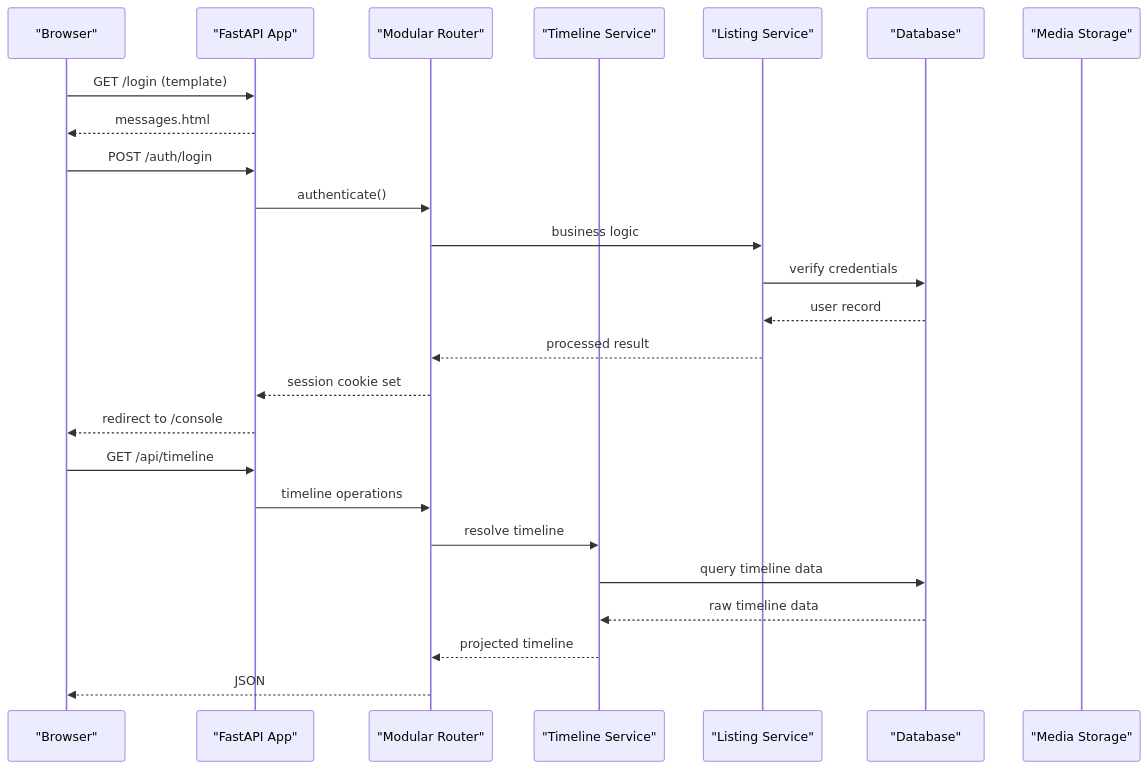
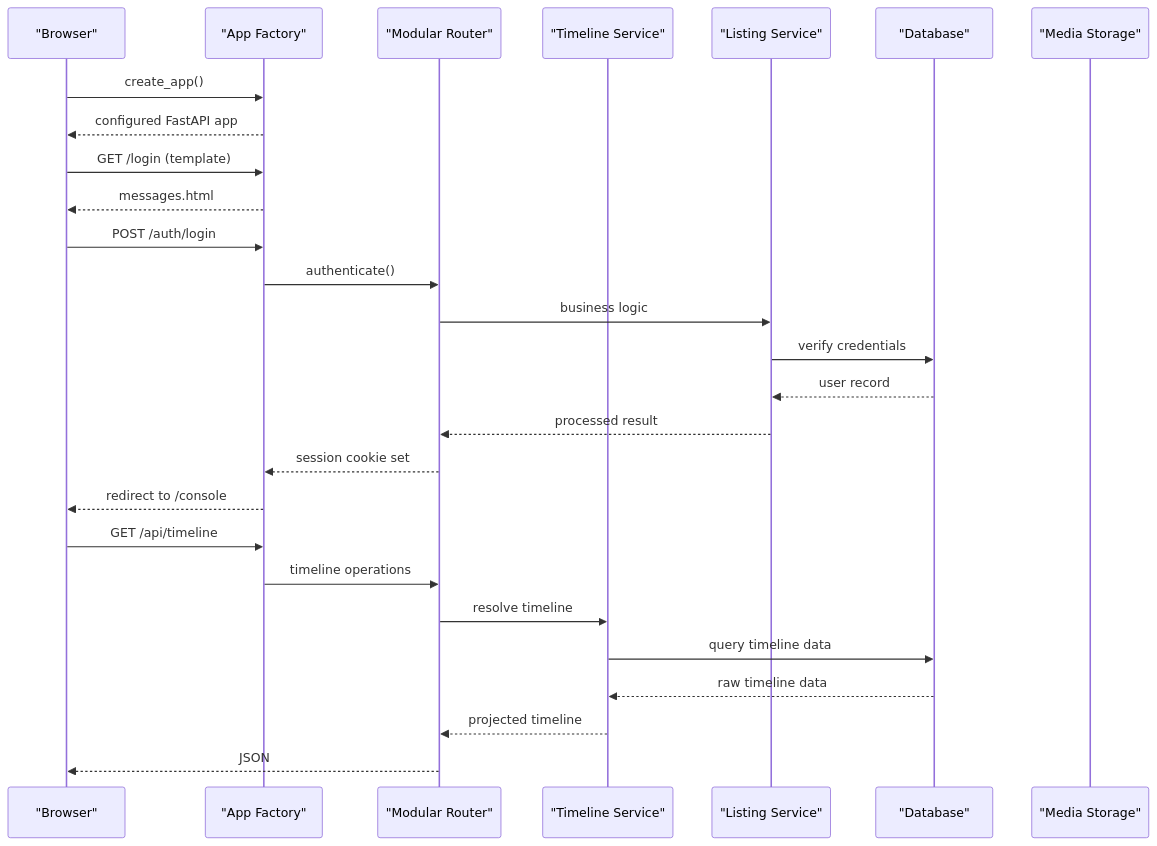
Before and after one commit to zuohaisu/wecom-archive: the second of 17 diagrams in .qoder/repowiki/en/content/Architecture/Web Application Architecture/Web Application Architecture.md, drawn with Mermaid. The commit also changed other lines of this file and 97 other files, not shown here.

````diff
--- a/.qoder/repowiki/en/content/Architecture/Web Application Architecture/Web Application Architecture.md
+++ b/.qoder/repowiki/en/content/Architecture/Web Application Architecture/Web Application Architecture.md
@@ -171,27 +173,29 @@
 ```mermaid
 sequenceDiagram
 participant Browser as "Browser"
-participant FastAPI as "FastAPI App"
+participant Factory as "App Factory"
 participant Router as "Modular Router"
 participant TimelineService as "Timeline Service"
 participant ListingService as "Listing Service"
 participant DB as "Database"
 participant Storage as "Media Storage"
-Browser->>FastAPI : GET /login (template)
-FastAPI-->>Browser : messages.html
-Browser->>FastAPI : POST /auth/login
-FastAPI->>Router : authenticate()
+Browser->>Factory : create_app()
+Factory-->>Browser : configured FastAPI app
+Browser->>Factory : GET /login (template)
+Factory-->>Browser : messages.html
+Browser->>Factory : POST /auth/login
+Factory->>Router : authenticate()
 Router->>ListingService : business logic
 ListingService->>DB : verify credentials
 DB-->>ListingService : user record
 ListingService-->>Router : processed result
-Router-->>FastAPI : session cookie set
-FastAPI-->>Browser : redirect to /console
-Browser->>FastAPI : GET /api/timeline
-FastAPI->>Router : timeline operations
+Router-->>Factory : session cookie set
+Factory-->>Browser : redirect to /console
+Browser->>Factory : GET /api/timeline
+Factory->>Router : timeline operations
 Router->>TimelineService : resolve timeline
 TimelineService->>DB : query timeline data
 DB-->>TimelineService : raw timeline data
 TimelineService-->>Router : projected timeline
 Router-->>Browser : JSON
 ```
````
